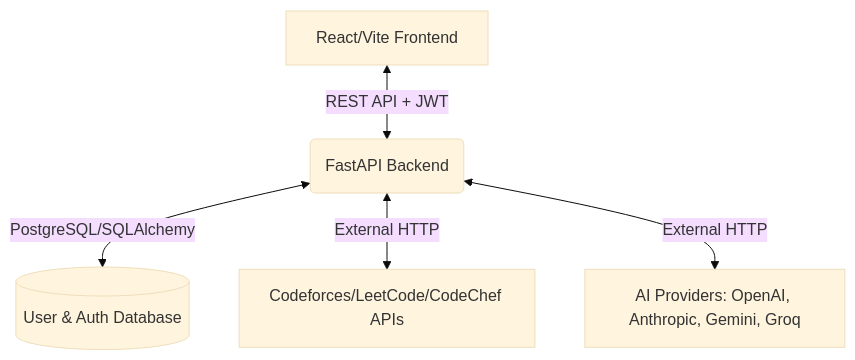
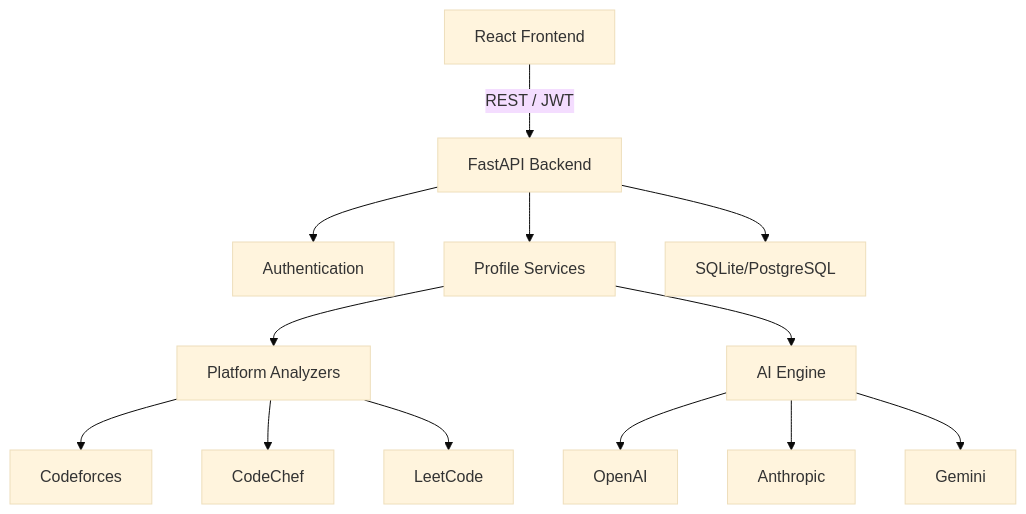
The diagram in README.md (Tan-ish-ka/interview-prep-ai), drawn with Mermaid (base theme) before and after one commit. The commit also changed other lines of this file, not shown here.

````diff
--- a/README.md
+++ b/README.md
@@ -87,7 +83,15 @@
 ```mermaid
 graph TD
-    A[React/Vite Frontend] <-->|REST API + JWT| B(FastAPI Backend)
-    B <-->|PostgreSQL/SQLAlchemy| C[(User & Auth Database)]
-    B <-->|External HTTP| D[Codeforces/LeetCode/CodeChef APIs]
-    B <-->|External HTTP| E[AI Providers: OpenAI, Anthropic, Gemini, Groq]
+    A[React Frontend] -->|REST / JWT| B[FastAPI Backend]
+    B --> C[Authentication]
+    B --> D[Profile Services]
+    D --> E[Platform Analyzers]
+    E --> F[Codeforces]
+    E --> G[CodeChef]
+    E --> H[LeetCode]
+    D --> I[AI Engine]
+    I --> J[OpenAI]
+    I --> K[Anthropic]
+    I --> L[Gemini]
+    B --> M[SQLite/PostgreSQL]
 ```
````
